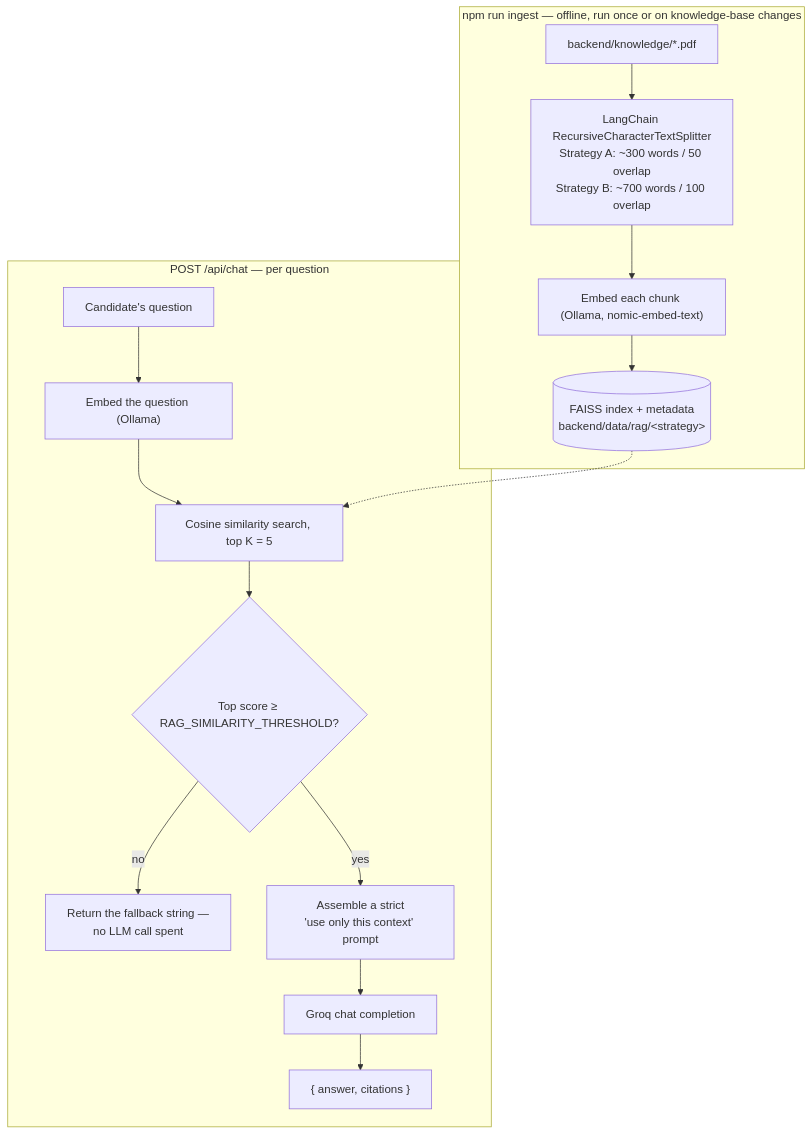
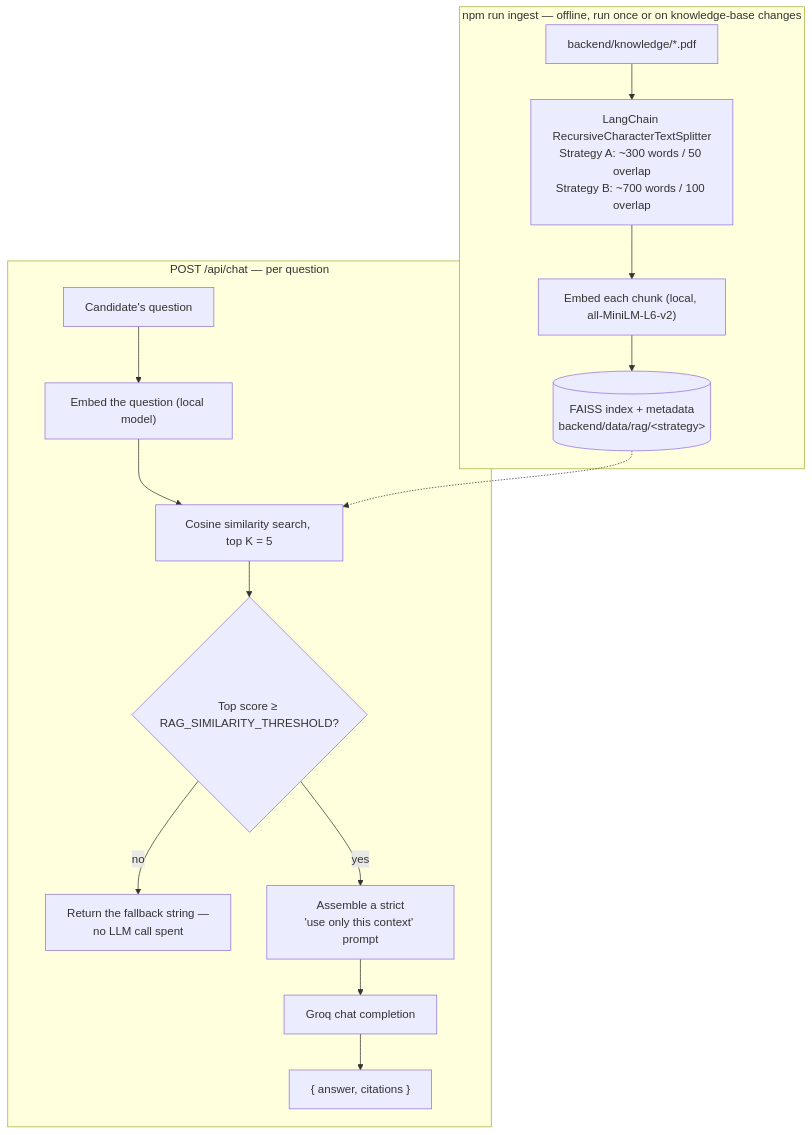
Before and after one commit to varuntutejaa/intervu: the fourth of 5 diagrams in README.md, drawn with Mermaid. The commit also changed other lines of this file and 36 other files, not shown here.

````diff
--- a/README.md
+++ b/README.md
@@ -209,19 +208,19 @@
 ```mermaid
 flowchart TD
     subgraph offline["npm run ingest — offline, run once or on knowledge-base changes"]
         PDF["backend/knowledge/*.pdf"] --> Chunk["LangChain RecursiveCharacterTextSplitter<br/>Strategy A: ~300 words / 50 overlap<br/>Strategy B: ~700 words / 100 overlap"]
-        Chunk --> Embed["Embed each chunk (Ollama, nomic-embed-text)"]
+        Chunk --> Embed["Embed each chunk (local, all-MiniLM-L6-v2)"]
         Embed --> Index[("FAISS index + metadata<br/>backend/data/rag/&lt;strategy&gt;")]
     end
 
     subgraph online["POST /api/chat — per question"]
-        Q["Candidate's question"] --> QEmbed["Embed the question (Ollama)"]
+        Q["Candidate's question"] --> QEmbed["Embed the question (local model)"]
         QEmbed --> Search["Cosine similarity search, top K = 5"]
         Index -.-> Search
         Search --> Gate{"Top score ≥ RAG_SIMILARITY_THRESHOLD?"}
         Gate -- "no" --> Fallback["Return the fallback string —<br/>no LLM call spent"]
         Gate -- "yes" --> Prompt["Assemble a strict<br/>'use only this context' prompt"]
         Prompt --> Groq["Groq chat completion"]
         Groq --> Answer["{ answer, citations }"]
     end
 ```
````
